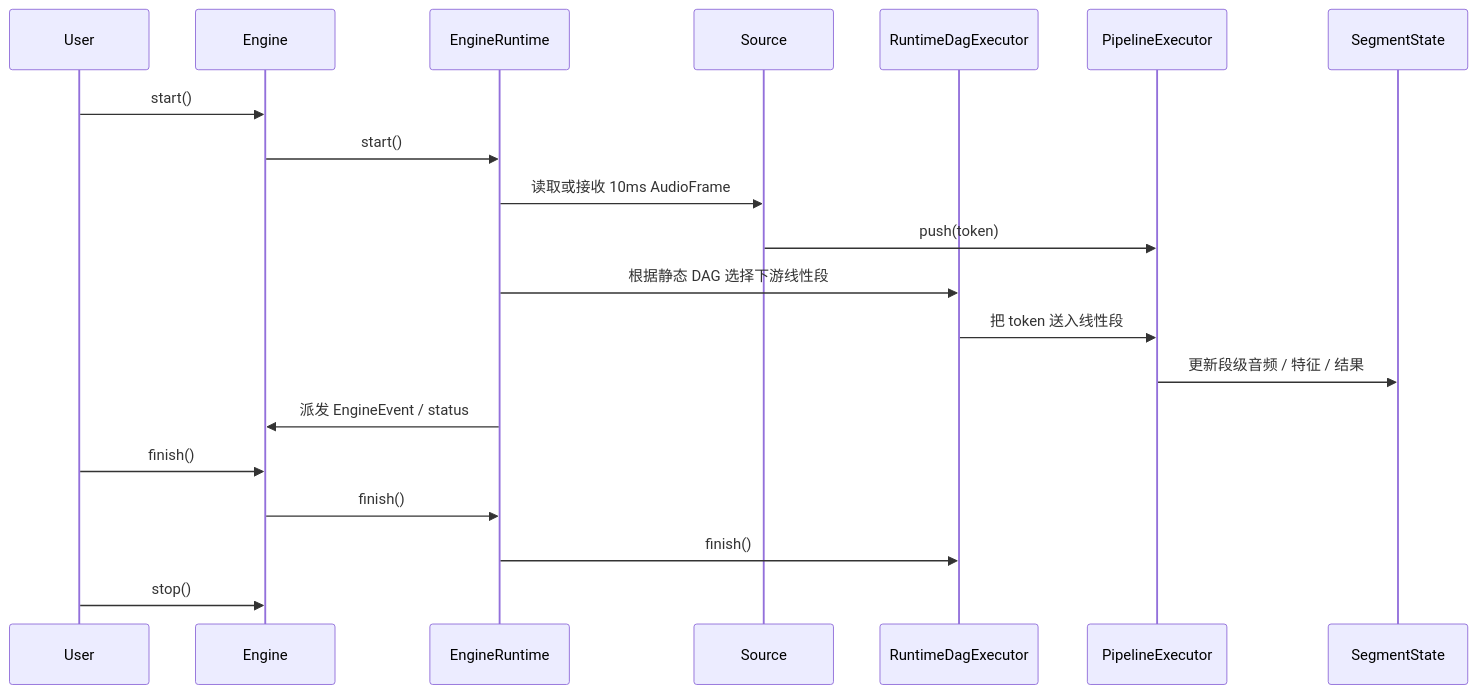
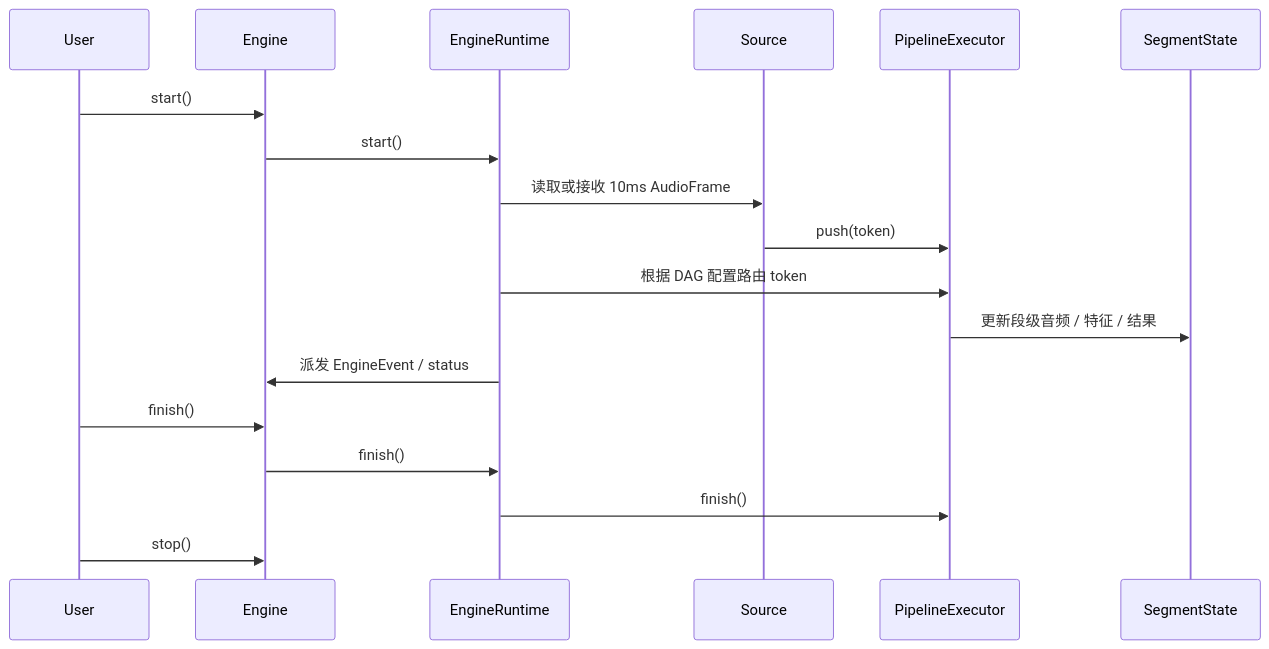
One commit to eagle-yw/Yspeech changed the third of 3 diagrams in doc/architecture.md. Above: the diagram before and after it, drawn with Mermaid. The commit also changed other lines of this file and 15 other files, not shown here.

First line of the commit message:
refactor(runtime): unify execution architecture by removing RuntimeDagExecutor

````diff
--- a/doc/architecture.md
+++ b/doc/architecture.md
@@ -44,23 +100,21 @@
 ```mermaid
 sequenceDiagram
     participant U as User
     participant E as Engine
     participant R as EngineRuntime
     participant S as Source
-    participant D as RuntimeDagExecutor
     participant P as PipelineExecutor
     participant G as SegmentState
 
     U->>E: start()
     E->>R: start()
     R->>S: 读取或接收 10ms AudioFrame
     S->>P: push(token)
-    R->>D: 根据静态 DAG 选择下游线性段
-    D->>P: 把 token 送入线性段
+    R->>P: 根据 DAG 配置路由 token
     P->>G: 更新段级音频 / 特征 / 结果
     R->>E: 派发 EngineEvent / status
     U->>E: finish()
     E->>R: finish()
-    R->>D: finish()
+    R->>P: finish()
     U->>E: stop()
 ```
````
